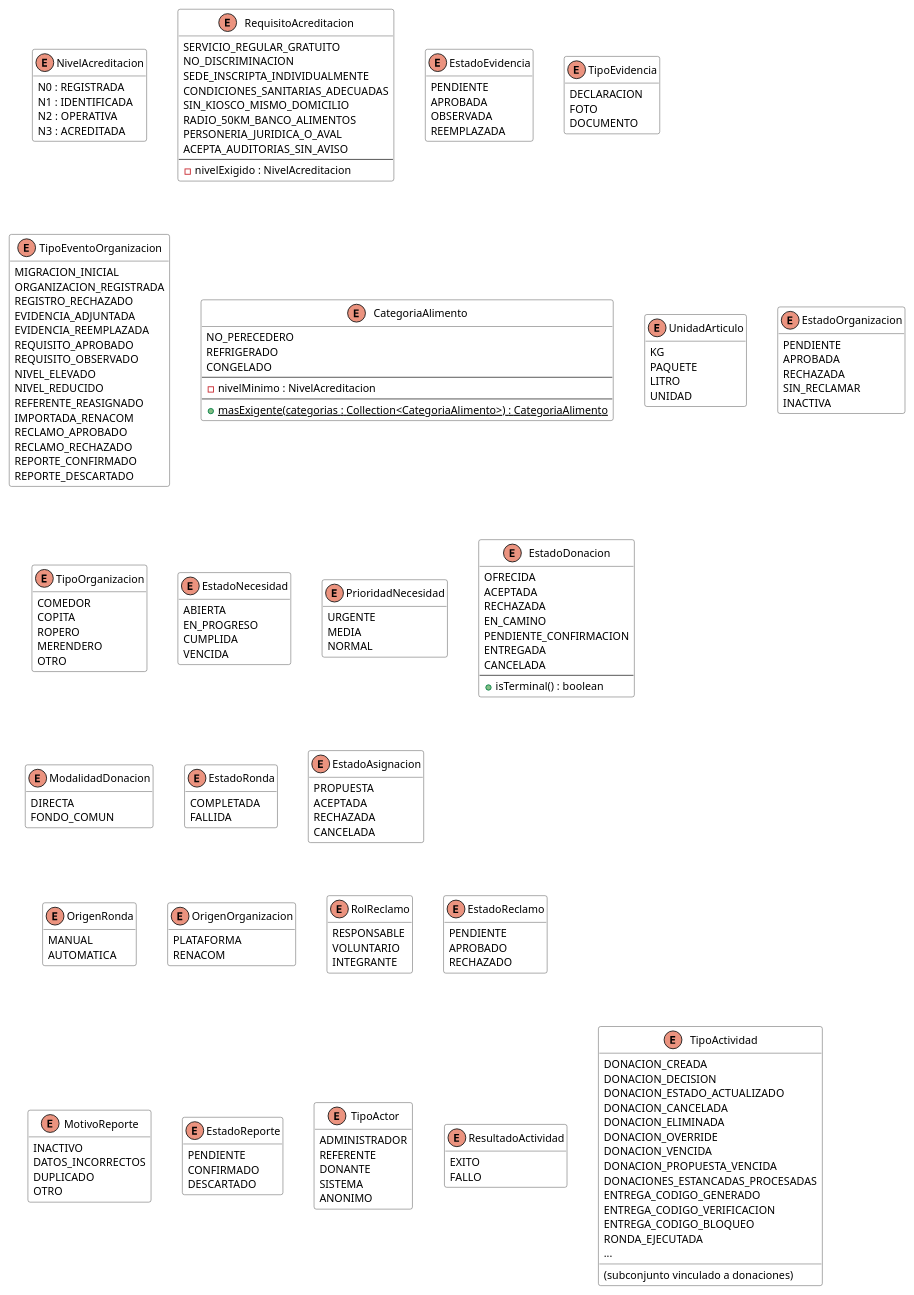
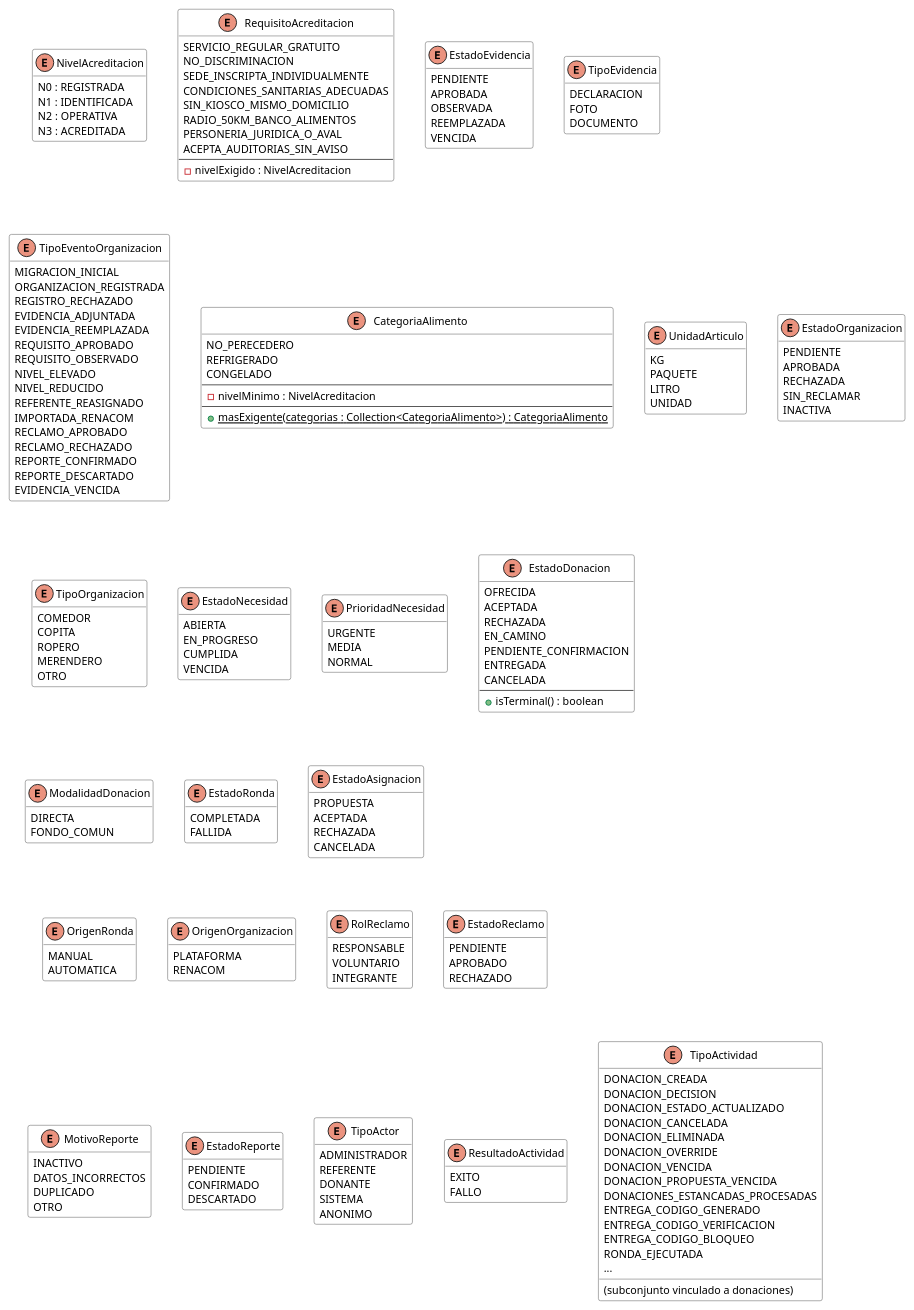
The diagram in docs/tesis/diagramas/estructura/clases-enumeraciones.puml (S21-Projects/hornero_monorepo), drawn with PlantUML before and after one commit. The commit also changed 9 other files, not shown here.

Commit message:
docs(tfg): add hash chain, evidence retention fields and expiry to the data model diagrams (B2)

```diff
--- a/docs/tesis/diagramas/estructura/clases-enumeraciones.puml
+++ b/docs/tesis/diagramas/estructura/clases-enumeraciones.puml
@@ -33,6 +33,7 @@
   APROBADA
   OBSERVADA
   REEMPLAZADA
+  VENCIDA
 }
 enum TipoEvidencia {
   DECLARACION
@@ -55,6 +56,7 @@
   RECLAMO_RECHAZADO
   REPORTE_CONFIRMADO
   REPORTE_DESCARTADO
+  EVIDENCIA_VENCIDA
 }
 enum CategoriaAlimento {
   NO_PERECEDERO
```
